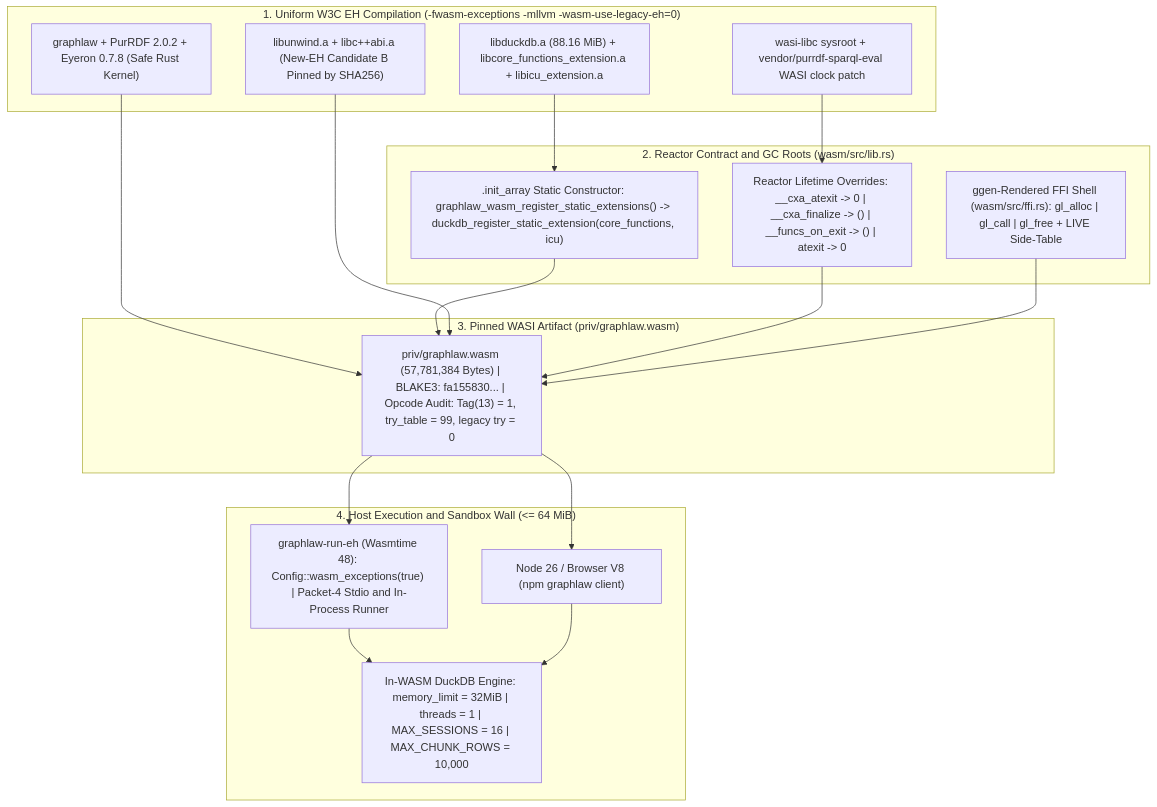
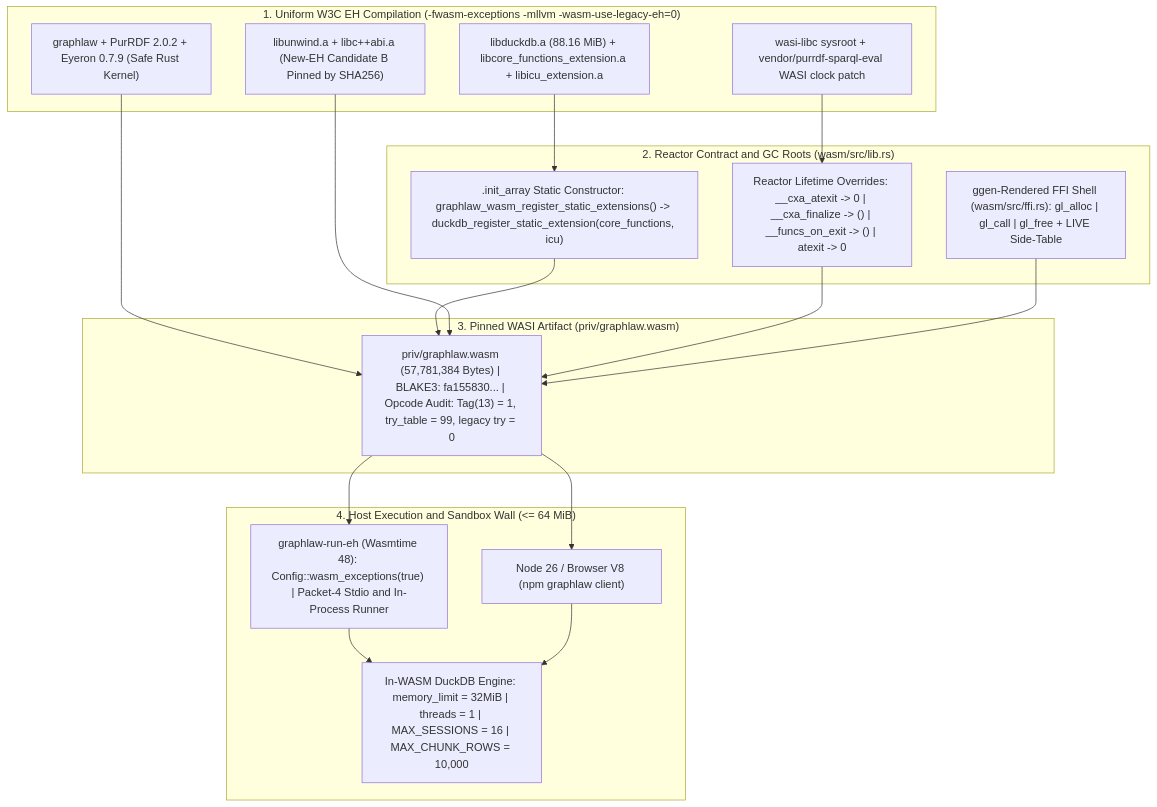
One commit to seanchatmangpt/graphlaw changed the seventh of 28 diagrams in docs/PHD_THESIS_GRAPHLAW_WASM_SQLRDF.md. Above: the diagram before and after it, drawn with Mermaid. The commit also changed other lines of this file and 27 other files, not shown here.

````diff
--- a/docs/PHD_THESIS_GRAPHLAW_WASM_SQLRDF.md
+++ b/docs/PHD_THESIS_GRAPHLAW_WASM_SQLRDF.md
@@ -562,33 +562,33 @@
 ```mermaid
 flowchart TD
     subgraph Toolchain["1. Uniform W3C EH Compilation (-fwasm-exceptions -mllvm -wasm-use-legacy-eh=0)"]
-        RustCore["graphlaw + PurRDF 2.0.2 + Eyeron 0.7.8 (Safe Rust Kernel)"]
+        RustCore["graphlaw + PurRDF 2.0.2 + Eyeron 0.7.9 (Safe Rust Kernel)"]
         DuckStatic["libduckdb.a (88.16 MiB) + libcore_functions_extension.a + libicu_extension.a"]
         Unwind["libunwind.a + libc++abi.a (New-EH Candidate B Pinned by SHA256)"]
         WasiLibc["wasi-libc sysroot + vendor/purrdf-sparql-eval WASI clock patch"]
     end
 
     subgraph ReactorGlue["2. Reactor Contract and GC Roots (wasm/src/lib.rs)"]
         InitArray[".init_array Static Constructor: graphlaw_wasm_register_static_extensions() -> duckdb_register_static_extension(core_functions, icu)"]
         AtExitNoOp["Reactor Lifetime Overrides: __cxa_atexit -> 0 | __cxa_finalize -> () | __funcs_on_exit -> () | atexit -> 0"]
         FfiShell["ggen-Rendered FFI Shell (wasm/src/ffi.rs): gl_alloc | gl_call | gl_free + LIVE Side-Table"]
     end
 
     subgraph Artifact["3. Pinned WASI Artifact (priv/graphlaw.wasm)"]
         WasmBin["priv/graphlaw.wasm (57,781,384 Bytes) | BLAKE3: fa155830... | Opcode Audit: Tag(13) = 1, try_table = 99, legacy try = 0"]
     end
 
     subgraph RuntimeHosts["4. Host Execution and Sandbox Wall (<= 64 MiB)"]
         WasmtimeHost["graphlaw-run-eh (Wasmtime 48): Config::wasm_exceptions(true) | Packet-4 Stdio and In-Process Runner"]
         V8Host["Node 26 / Browser V8 (npm graphlaw client)"]
         DuckSession["In-WASM DuckDB Engine: memory_limit = 32MiB | threads = 1 | MAX_SESSIONS = 16 | MAX_CHUNK_ROWS = 10,000"]
     end
 
     RustCore --> WasmBin
     DuckStatic --> InitArray --> WasmBin
     Unwind --> WasmBin
     WasiLibc --> AtExitNoOp --> WasmBin
     FfiShell --> WasmBin
     WasmBin --> WasmtimeHost --> DuckSession
     WasmBin --> V8Host --> DuckSession
 ```
````
